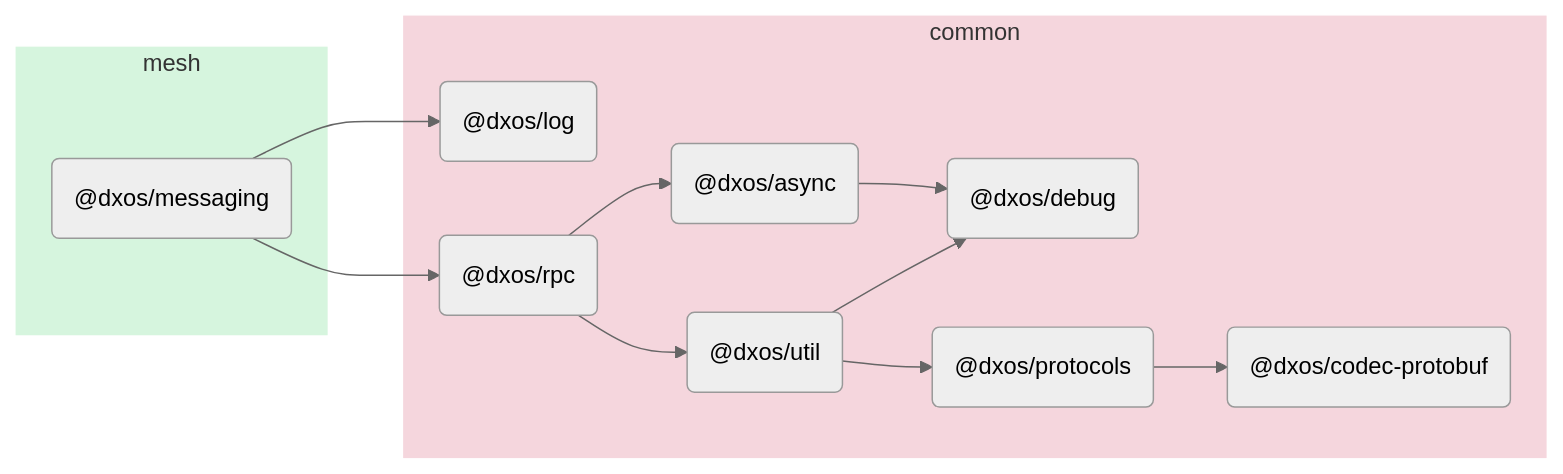
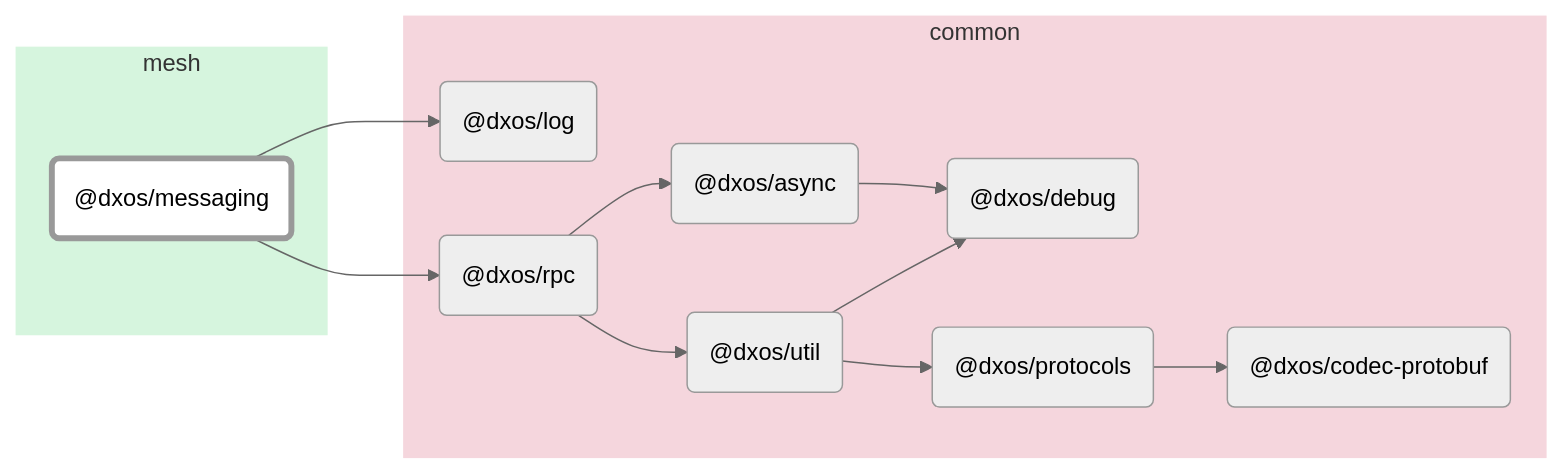
Before and after one commit to dxos/dxos: the diagram in packages/mesh/messaging/docs/README.md, drawn with Mermaid (neutral theme). The commit also changed other lines of this file and 88 other files, not shown here.

````diff
--- a/packages/mesh/messaging/docs/README.md
+++ b/packages/mesh/messaging/docs/README.md
@@ -5,28 +7,38 @@
 ```mermaid
 flowchart LR;
+
+style dxos/messaging fill:#fff,stroke-width:4px;
+
+click dxos/async "https:/github.com/dxos/dxos/tree/main/packages/common/async/docs";
+click dxos/debug "https:/github.com/dxos/dxos/tree/main/packages/common/debug/docs";
+click dxos/codec-protobuf "https:/github.com/dxos/dxos/tree/main/packages/common/codec-protobuf/docs";
+click dxos/log "https:/github.com/dxos/dxos/tree/main/packages/common/log/docs";
+click dxos/protocols "https:/github.com/dxos/dxos/tree/main/packages/common/protocols/docs";
+click dxos/rpc "https:/github.com/dxos/dxos/tree/main/packages/common/rpc/docs";
+click dxos/util "https:/github.com/dxos/dxos/tree/main/packages/common/util/docs";
 
 subgraph mesh
   style mesh fill:#d6f5de,stroke:#fff;
   dxos/messaging("@dxos/messaging");
 end
 
 subgraph common
   style common fill:#f5d6dd,stroke:#fff;
   dxos/async("@dxos/async");
   dxos/debug("@dxos/debug");
   dxos/codec-protobuf("@dxos/codec-protobuf");
   dxos/log("@dxos/log");
   dxos/protocols("@dxos/protocols");
   dxos/rpc("@dxos/rpc");
   dxos/util("@dxos/util");
 end
 
 dxos/async --> dxos/debug;
 dxos/messaging --> dxos/log;
 dxos/protocols --> dxos/codec-protobuf;
 dxos/messaging --> dxos/rpc;
 dxos/rpc --> dxos/async;
 dxos/rpc --> dxos/util;
 dxos/util --> dxos/debug;
 dxos/util --> dxos/protocols;
 ```
````
